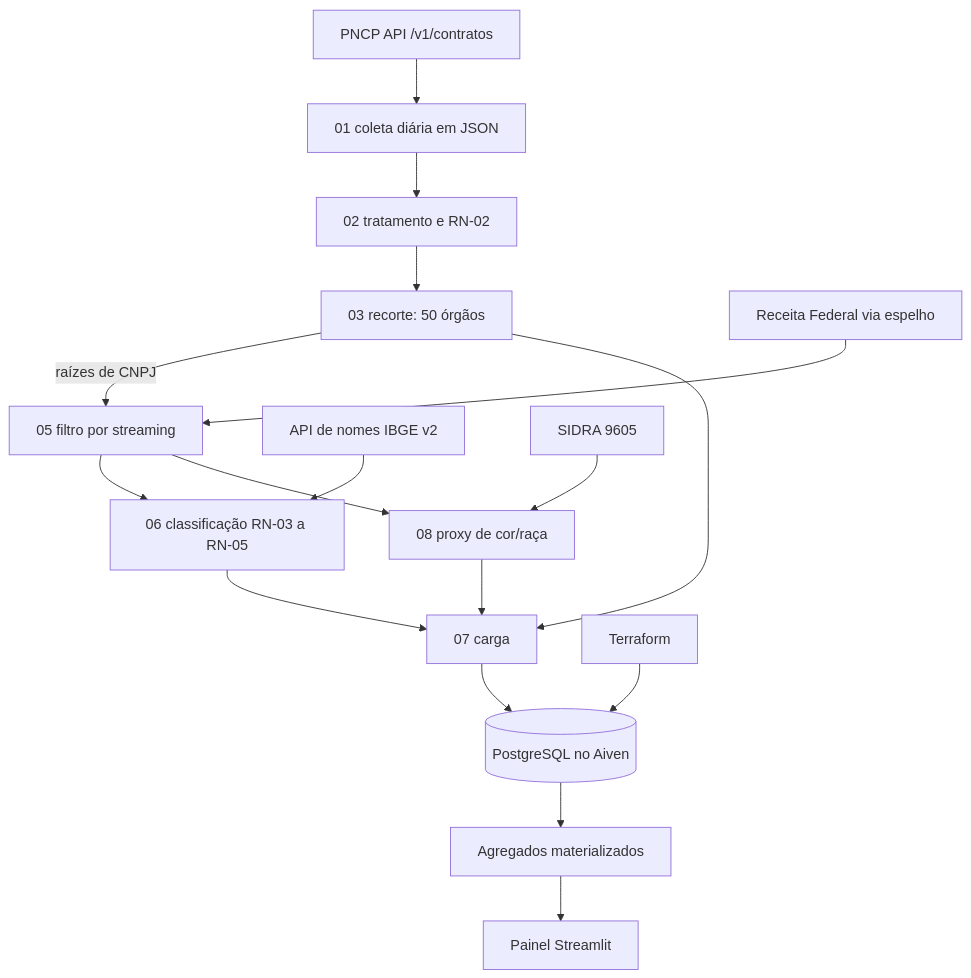
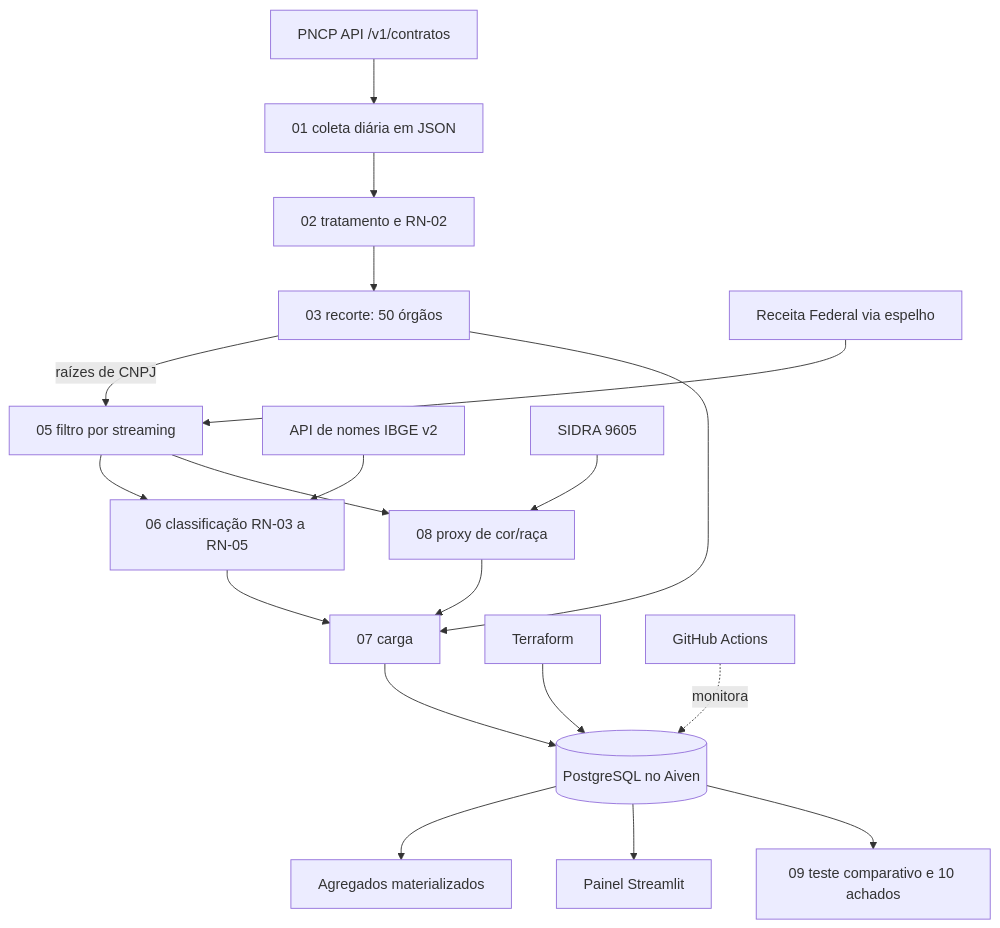
One commit to anajugn/fornecedores-societarios changed the diagram in README.md. Above: the diagram before and after it, drawn with Mermaid. The commit also changed other lines of this file and 1 other file, not shown here.

Commit message:
docs: README com a base completa, resultados, painel e limitações; diagnóstico de valores repetidos

````diff
--- a/README.md
+++ b/README.md
@@ -143,19 +168,21 @@
 ```mermaid
 flowchart TD
   A[PNCP API /v1/contratos] --> B[01 coleta diária em JSON]
   B --> D[02 tratamento e RN-02]
   D --> E[03 recorte: 50 órgãos]
   R[Receita Federal via espelho] --> C[05 filtro por streaming]
   E -->|raízes de CNPJ| C
   C --> F[06 classificação RN-03 a RN-05]
   I[API de nomes IBGE v2] --> F
   S[SIDRA 9605] --> P[08 proxy de cor/raça]
   C --> P
   F --> G[07 carga]
   E --> G
   P --> G
   T[Terraform] --> H[(PostgreSQL no Aiven)]
   G --> H
   H --> J[Agregados materializados]
-  J --> K[Painel Streamlit]
+  H --> K[Painel Streamlit]
+  H --> L[09 teste comparativo e 10 achados]
+  M[GitHub Actions] -.monitora.-> H
 ```
````
